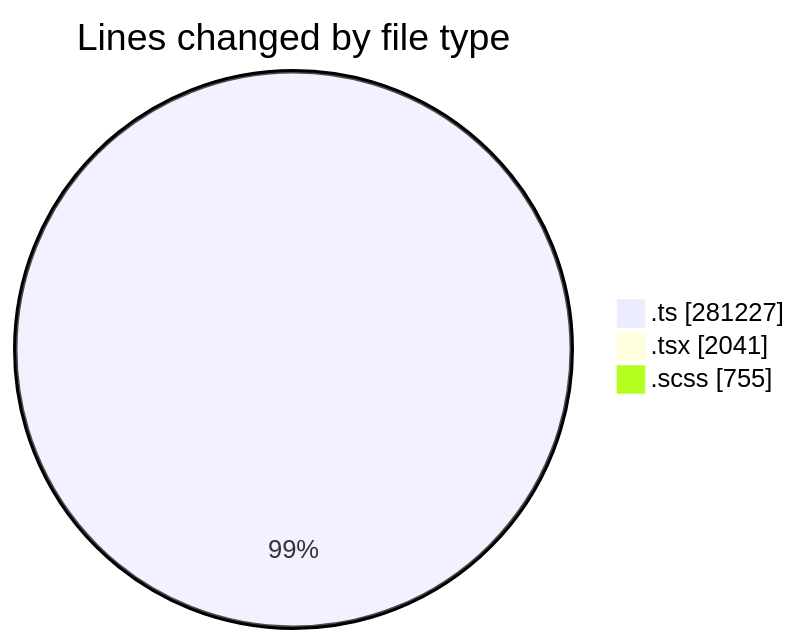
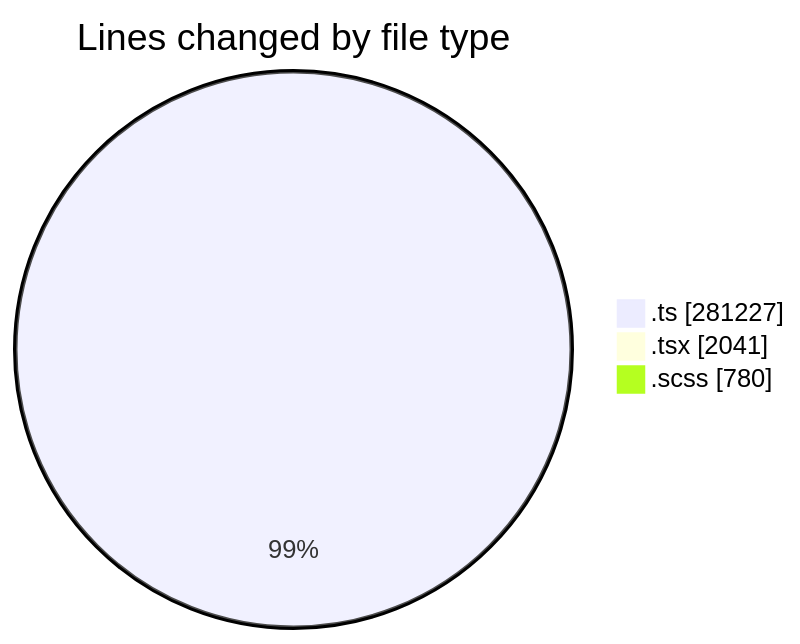
One commit to momahboobian/code-tracking changed the first of 2 diagrams in 2025-08-22/cda/README.md. Above: the diagram before and after it, drawn with Mermaid. The commit also changed other lines of this file and 1 other file, not shown here.

````diff
--- a/2025-08-22/cda/README.md
+++ b/2025-08-22/cda/README.md
@@ -42,7 +42,7 @@
 ```mermaid
 pie showData
 title Lines changed by file type
 ".ts" : 281227
 ".tsx" : 2041
-".scss" : 755
+".scss" : 780
 ```
````
